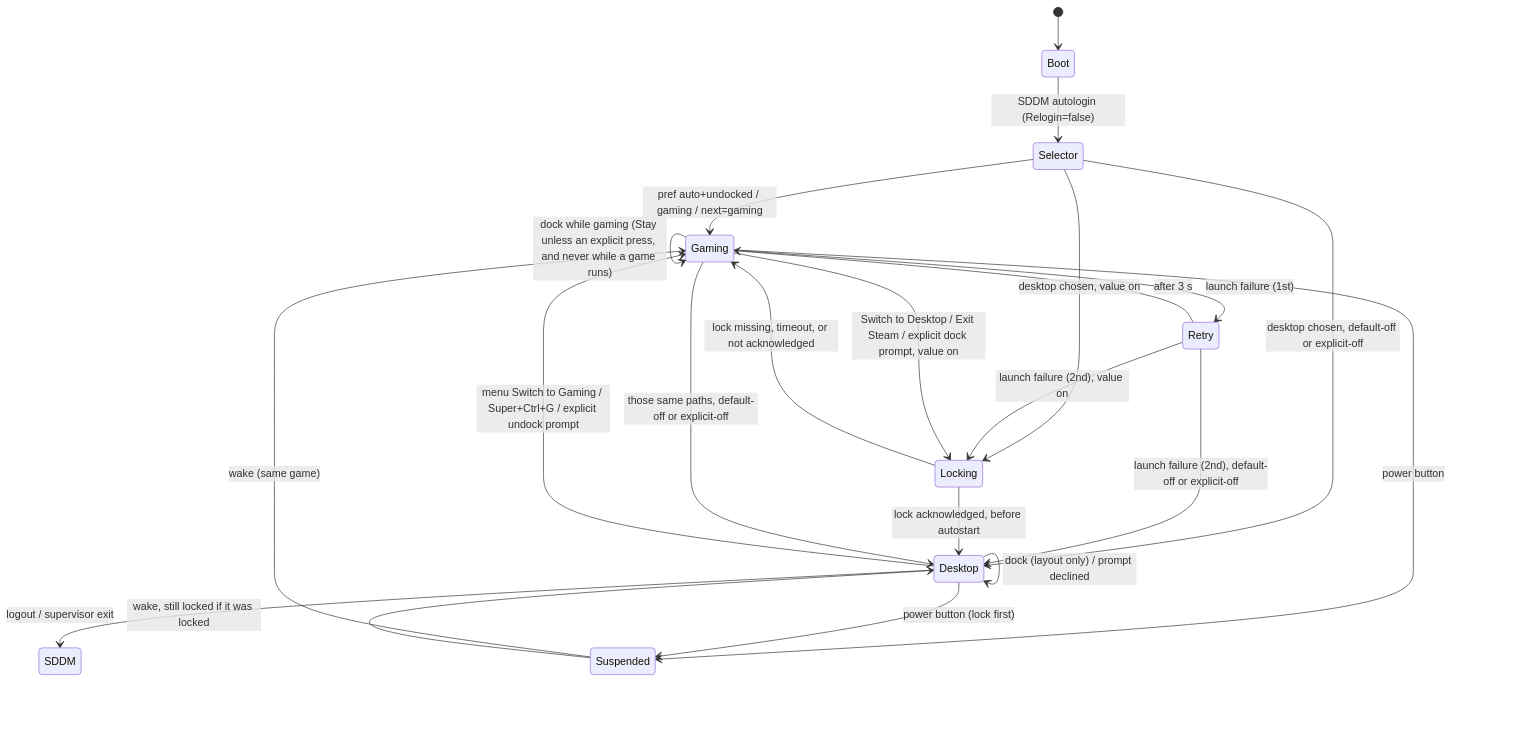
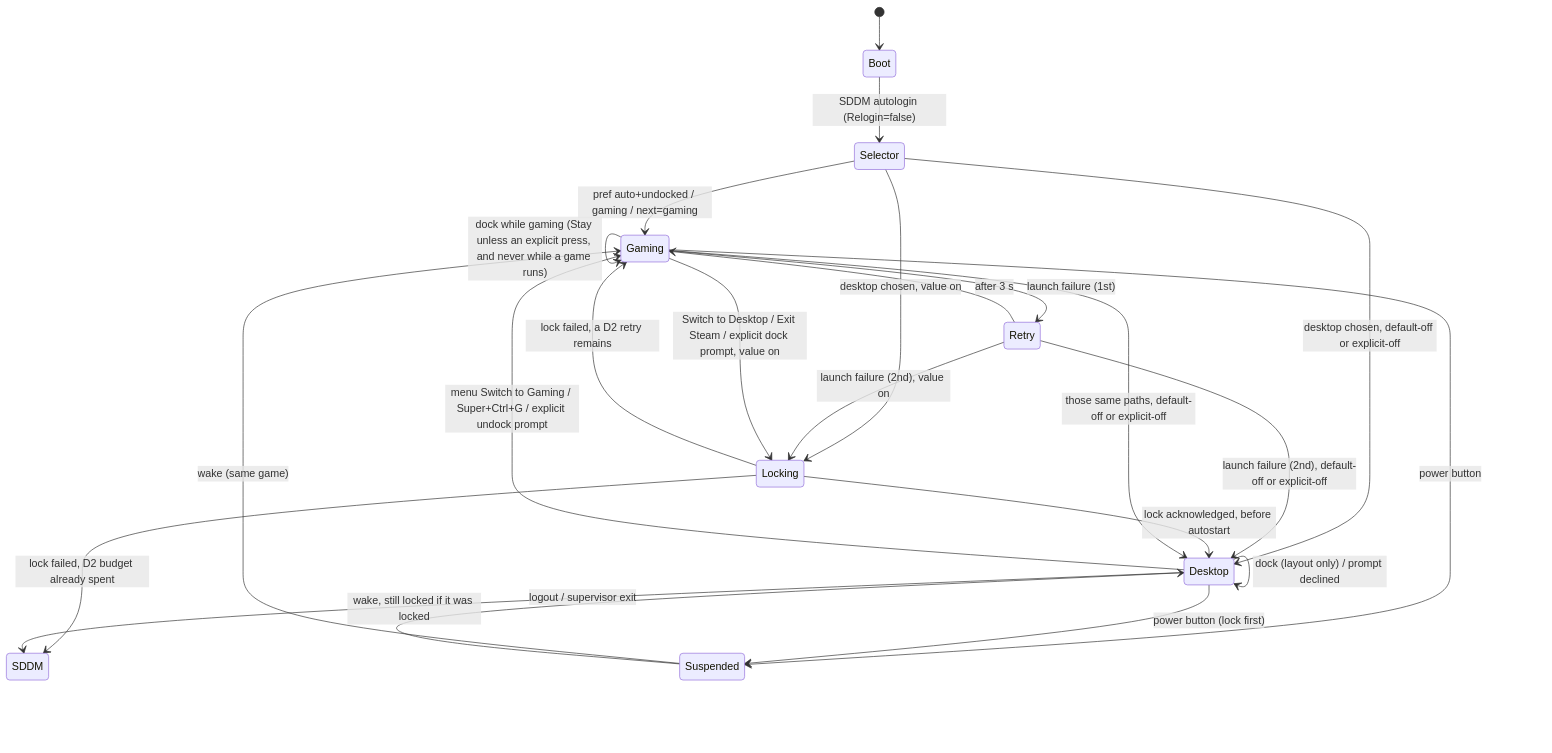
One commit to DanielJBurbridge/omarchy changed the diagram in docs/handheld/02-mode-switch-and-dock.md. Above: the diagram before and after it, drawn with Mermaid. The commit also changed other lines of this file, not shown here.

First line of the commit message:
Tighten lock failure, dock suspend, and lock-off auth

````diff
--- a/docs/handheld/02-mode-switch-and-dock.md
+++ b/docs/handheld/02-mode-switch-and-dock.md
@@ -263,24 +264,25 @@
 ```mermaid
 stateDiagram-v2
     [*] --> Boot
     Boot --> Selector: SDDM autologin (Relogin=false)
     Selector --> Gaming: pref auto+undocked / gaming / next=gaming
     Selector --> Locking: desktop chosen, value on
     Selector --> Desktop: desktop chosen, default-off or explicit-off
     Gaming --> Retry: launch failure (1st)
     Retry --> Gaming: after 3 s
     Retry --> Locking: launch failure (2nd), value on
     Retry --> Desktop: launch failure (2nd), default-off or explicit-off
     Locking --> Desktop: lock acknowledged, before autostart
-    Locking --> Gaming: lock missing, timeout, or not acknowledged
+    Locking --> Gaming: lock failed, a D2 retry remains
+    Locking --> SDDM: lock failed, D2 budget already spent
     Gaming --> Locking: Switch to Desktop / Exit Steam / explicit dock prompt, value on
     Gaming --> Desktop: those same paths, default-off or explicit-off
     Desktop --> Gaming: menu Switch to Gaming / Super+Ctrl+G / explicit undock prompt
     Gaming --> Gaming: dock while gaming (Stay unless an explicit press, and never while a game runs)
     Desktop --> Desktop: dock (layout only) / prompt declined
     Desktop --> SDDM: logout / supervisor exit
     Gaming --> Suspended: power button
     Suspended --> Gaming: wake (same game)
     Desktop --> Suspended: power button (lock first)
     Suspended --> Desktop: wake, still locked if it was locked
 ```
````
